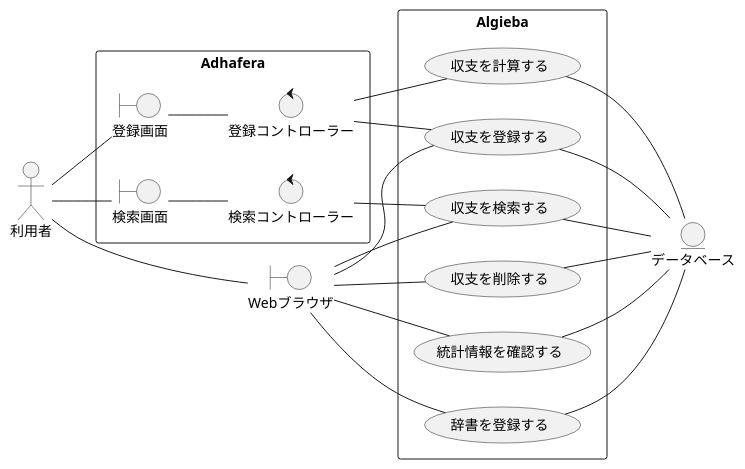
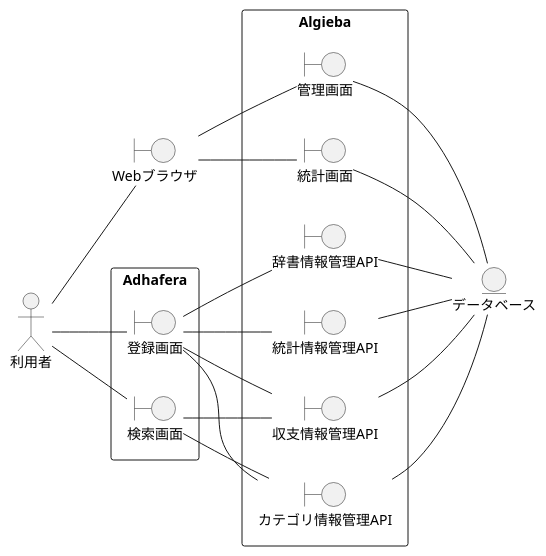
One commit to Leonis0813/chort changed the diagram in payment_manager/index.rst. Above: the diagram before and after it, drawn with PlantUML. The commit also changed 6 other files, not shown here.

```diff
--- a/payment_manager/index.rst
+++ b/payment_manager/index.rst
@@ -9,37 +9,39 @@
 .. uml::
 
    left to right direction
    skinparam packageStyle rect
    actor 利用者
    entity データベース
 
    rectangle Adhafera {
      boundary 登録画面
      boundary 検索画面
-     control 登録コントローラー
-     control 検索コントローラー
      利用者 -- 登録画面
      利用者 -- 検索画面
-     登録画面 -- 登録コントローラー
-     検索画面 -- 検索コントローラー
    }
 
    boundary Webブラウザ
    利用者 -- Webブラウザ
 
    rectangle Algieba {
-     登録コントローラー -- (収支を登録する)
-     登録コントローラー -- (収支を計算する)
-     検索コントローラー -- (収支を検索する)
-     Webブラウザ -- (収支を登録する)
-     Webブラウザ -- (収支を検索する)
-     Webブラウザ -- (収支を削除する)
-     Webブラウザ -- (統計情報を確認する)
-     Webブラウザ -- (辞書を登録する)
-     (収支を登録する) -- データベース
-     (収支を検索する) -- データベース
-     (収支を削除する) -- データベース
-     (収支を計算する) -- データベース
-     (統計情報を確認する) -- データベース
-     (辞書を登録する) -- データベース
+     boundary 収支情報管理API
+     boundary カテゴリ情報管理API
+     boundary 辞書情報管理API
+     boundary 統計情報管理API
+     登録画面 -- 収支情報管理API
+     登録画面 -- カテゴリ情報管理API
+     登録画面 -- 辞書情報管理API
+     登録画面 -- 統計情報管理API
+     検索画面 -- 収支情報管理API
+     検索画面 -- カテゴリ情報管理API
+     boundary 管理画面
+     boundary 統計画面
+     Webブラウザ -- 管理画面
+     Webブラウザ -- 統計画面
+     収支情報管理API -- データベース
+     カテゴリ情報管理API -- データベース
+     辞書情報管理API -- データベース
+     統計情報管理API -- データベース
+     管理画面 -- データベース
+     統計画面 -- データベース
    }
```
